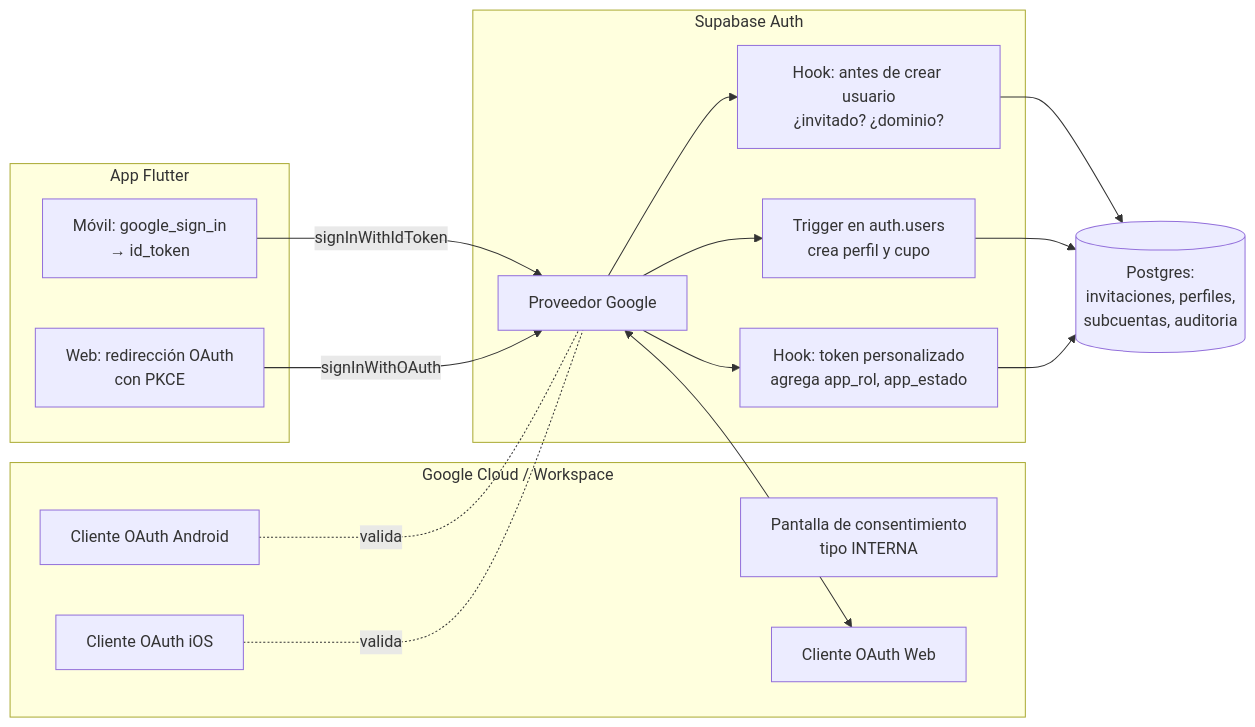
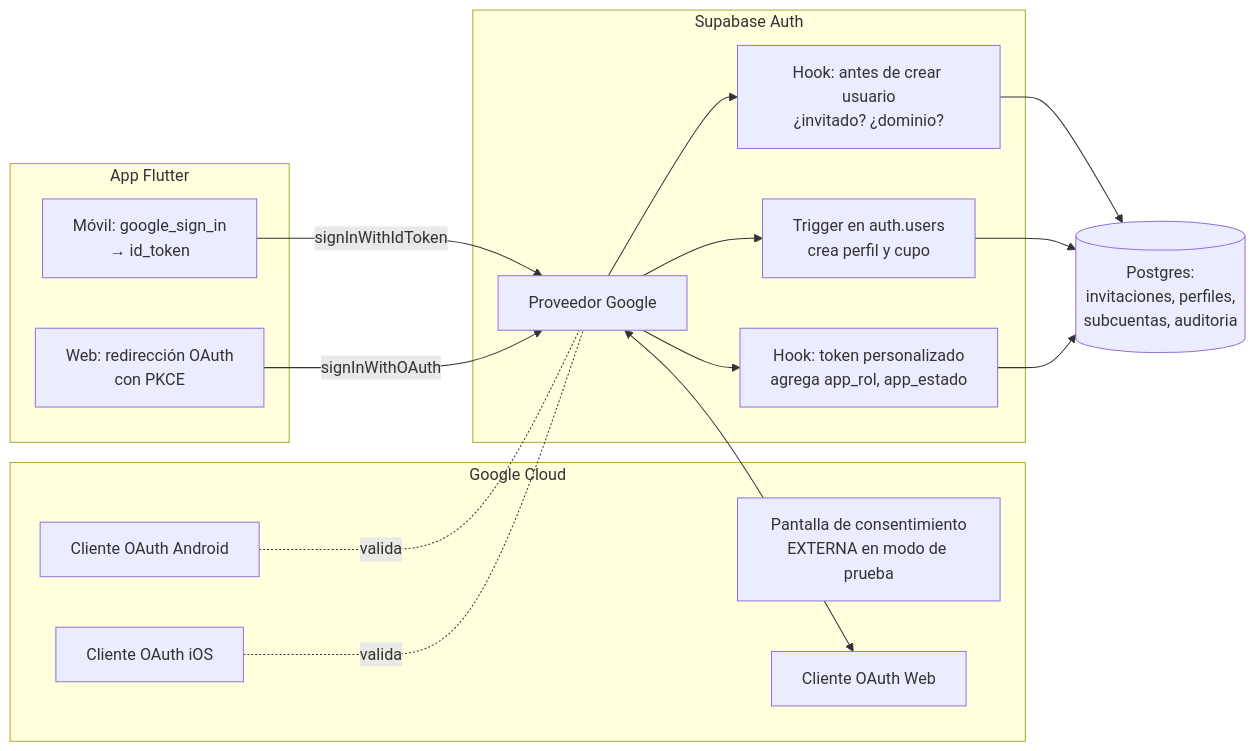
The first of 2 diagrams in docs/04-autenticacion-oauth.md (riverbonilla1504/NASTOCK), drawn with Mermaid before and after one commit. The commit also changed other lines of this file and 34 other files, not shown here.

````diff
--- a/docs/04-autenticacion-oauth.md
+++ b/docs/04-autenticacion-oauth.md
@@ -24,32 +25,32 @@
 ```mermaid
 flowchart LR
-  subgraph Google["Google Cloud / Workspace"]
-    CS["Pantalla de consentimiento<br/>tipo INTERNA"]
+  subgraph Google["Google Cloud"]
+    CS["Pantalla de consentimiento<br/>EXTERNA en modo de prueba"]
     CW["Cliente OAuth Web"]
     CA["Cliente OAuth Android"]
     CI["Cliente OAuth iOS"]
   end
 
   subgraph App["App Flutter"]
     M["Móvil: google_sign_in<br/>→ id_token"]
     W["Web: redirección OAuth<br/>con PKCE"]
   end
 
   subgraph Supabase["Supabase Auth"]
     P["Proveedor Google"]
     H1["Hook: antes de crear usuario<br/>¿invitado? ¿dominio?"]
     H2["Hook: token personalizado<br/>agrega app_rol, app_estado"]
     T["Trigger en auth.users<br/>crea perfil y cupo"]
   end
 
   DB[("Postgres:<br/>invitaciones, perfiles,<br/>subcuentas, auditoria")]
 
   M -- "signInWithIdToken" --> P
   W -- "signInWithOAuth" --> P
   P <--> CW
   CA -. valida .- P
   CI -. valida .- P
   P --> H1 --> DB
   P --> T --> DB
   P --> H2 --> DB
 ```
````
